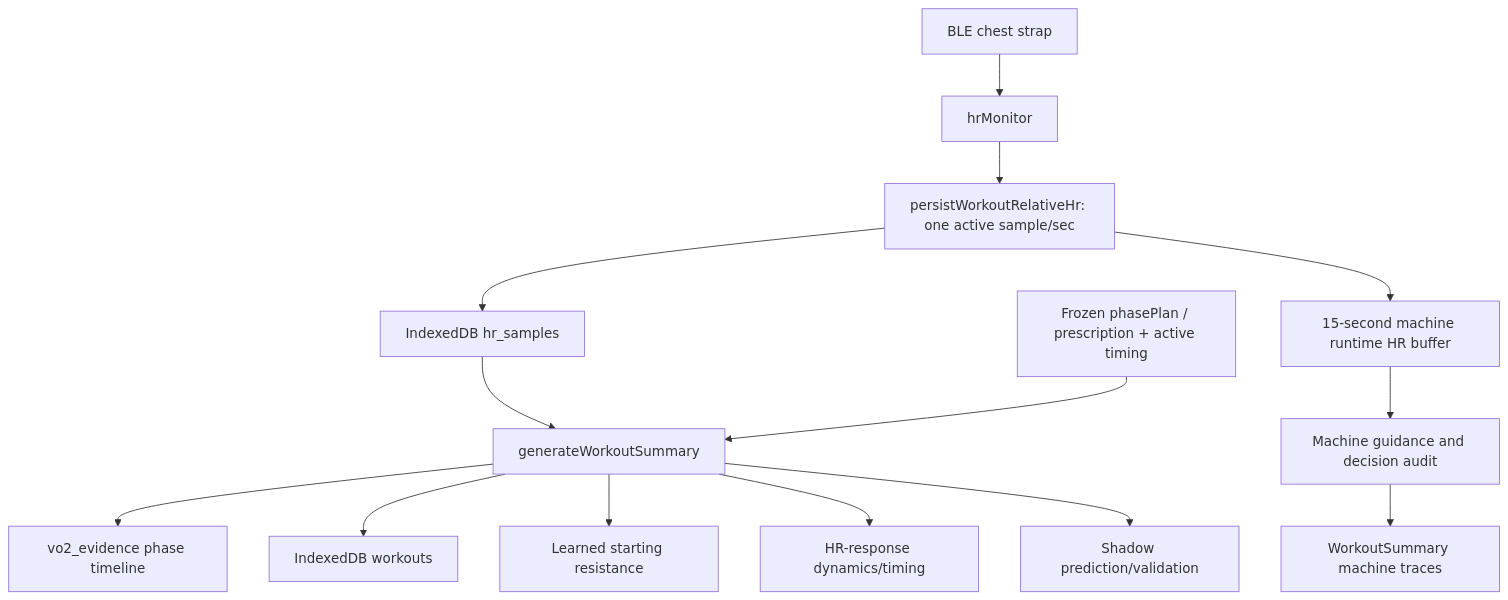
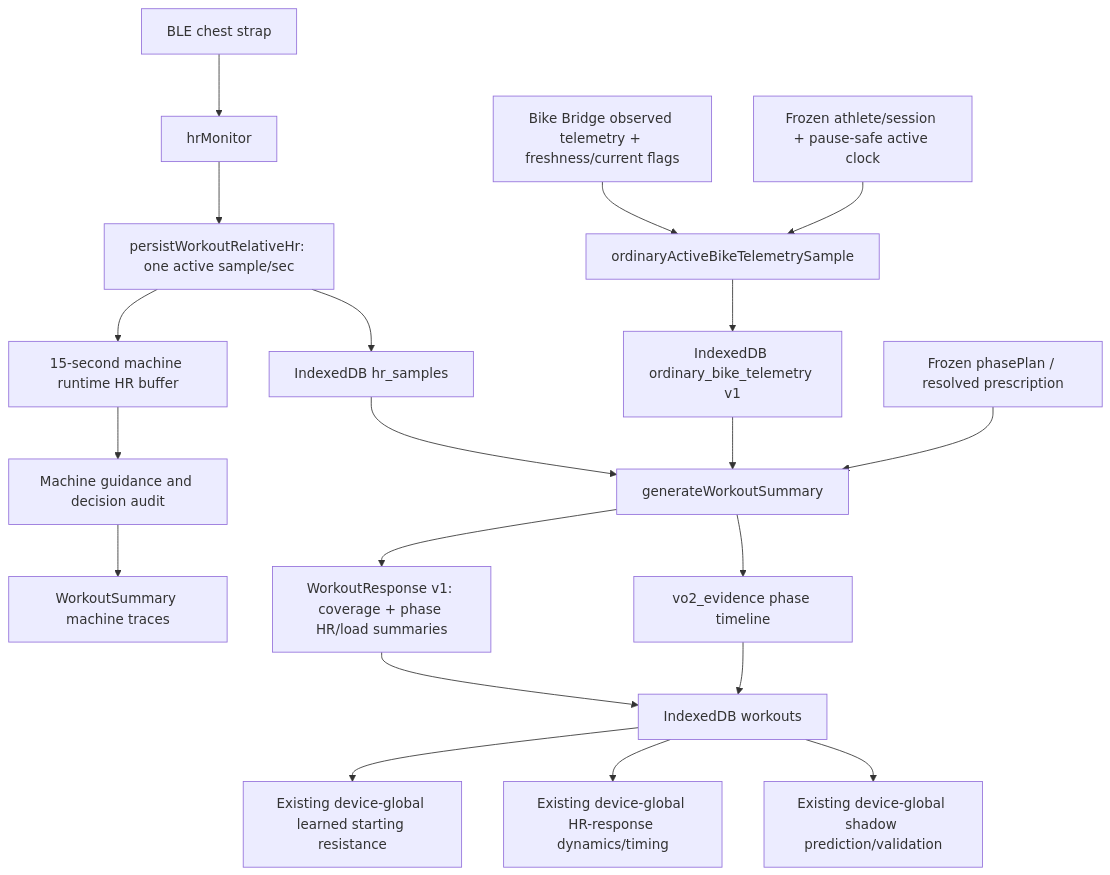
One commit to markrai/sisu-trainer changed the second of 3 diagrams in docs/adaptive-training-architecture-review.md. Above: the diagram before and after it, drawn with Mermaid. The commit also changed other lines of this file and 27 other files, not shown here.

Commit message:
feat: capture ordinary workout telemetry and responses

````diff
--- a/docs/adaptive-training-architecture-review.md
+++ b/docs/adaptive-training-architecture-review.md
@@ -217,16 +222,22 @@
 ```mermaid
 flowchart TD
     A["BLE chest strap"] --> B["hrMonitor"]
     B --> C["persistWorkoutRelativeHr: one active sample/sec"]
     C --> D["IndexedDB hr_samples"]
     C --> E["15-second machine runtime HR buffer"]
     E --> F["Machine guidance and decision audit"]
     F --> G["WorkoutSummary machine traces"]
-    D --> H["generateWorkoutSummary"]
-    I["Frozen phasePlan / prescription + active timing"] --> H
-    H --> J["vo2_evidence phase timeline"]
-    H --> K["IndexedDB workouts"]
-    H --> L["Learned starting resistance"]
-    H --> M["HR-response dynamics/timing"]
-    H --> N["Shadow prediction/validation"]
+    H["Bike Bridge observed telemetry + freshness/current flags"] --> I["ordinaryActiveBikeTelemetrySample"]
+    J["Frozen athlete/session + pause-safe active clock"] --> I
+    I --> K["IndexedDB ordinary_bike_telemetry v1"]
+    D --> L["generateWorkoutSummary"]
+    K --> L
+    M["Frozen phasePlan / resolved prescription"] --> L
+    L --> N["WorkoutResponse v1: coverage + phase HR/load summaries"]
+    L --> O["vo2_evidence phase timeline"]
+    N --> P["IndexedDB workouts"]
+    O --> P
+    P --> Q["Existing device-global learned starting resistance"]
+    P --> R["Existing device-global HR-response dynamics/timing"]
+    P --> S["Existing device-global shadow prediction/validation"]
 ```
````
